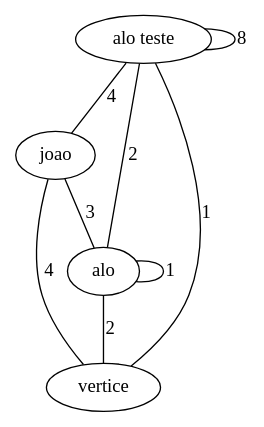
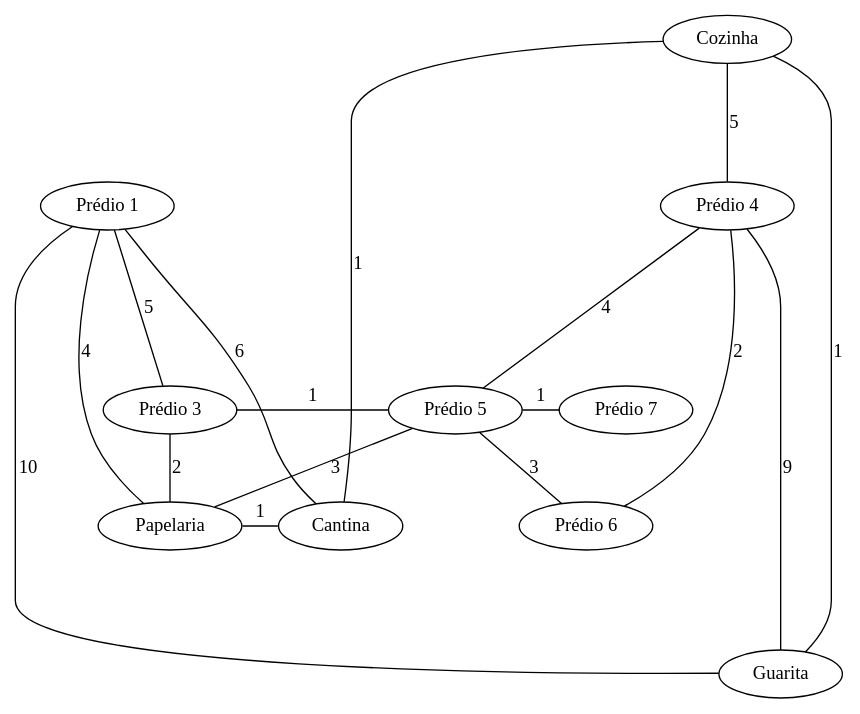
One commit to joaopsramos/graph-n1 changed the diagram in graph.dot. Above: the diagram before and after it, drawn with Graphviz. The commit also changed 4 other files, not shown here.

```diff
--- a/graph.dot
+++ b/graph.dot
@@ -1,14 +1,28 @@
 graph { 
-    1 [label="joao"]
-    2 [label="alo"]
-    3 [label="vertice"]
-    4 [label="alo teste"]
-    2 -- 2 [label="1"]
-    1 -- 2 [label="3"]
-    2 -- 3 [label="2"]
-    3 -- 1 [label="4"]
-    4 -- 1 [label="4"]
-    4 -- 2 [label="2"]
-    4 -- 3 [label="1"]
-    4 -- 4 [label="8"]
+    1 [label="Prédio 1"]
+    2 [label="Cozinha"]
+    3 [label="Prédio 3"]
+    4 [label="Prédio 4"]
+    5 [label="Prédio 5"]
+    6 [label="Prédio 6"]
+    7 [label="Prédio 7"]
+    8 [label="Papelaria"]
+    9 [label="Cantina"]
+    10 [label="Guarita"]
+    2 -- 9 [label="1",minlen=0]
+    2 -- 10 [label="1",minlen=0]
+    3 -- 5 [label="1",minlen=0]
+    5 -- 7 [label="1",minlen=0]
+    8 -- 9 [label="1",minlen=0]
+    3 -- 8 [label="2",minlen=1]
+    4 -- 6 [label="2",minlen=1]
+    5 -- 6 [label="3",minlen=1]
+    5 -- 8 [label="3",minlen=1]
+    1 -- 8 [label="4",minlen=2]
+    4 -- 5 [label="4",minlen=2]
+    1 -- 3 [label="5",minlen=2]
+    2 -- 4 [label="5",minlen=2]
+    1 -- 9 [label="6",minlen=3]
+    4 -- 10 [label="9",minlen=4]
+    1 -- 10 [label="10",minlen=5]
 }
```
